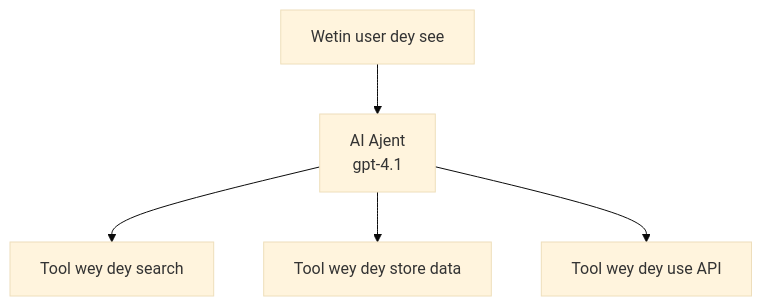
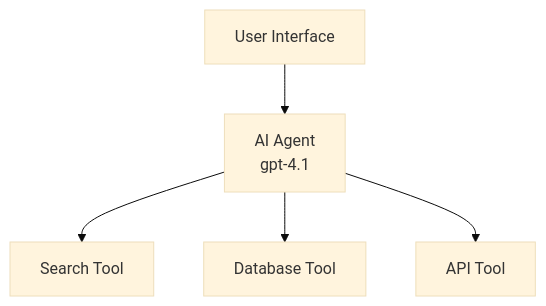
One commit to microsoft/AZD-for-beginners changed the first of 3 diagrams in translations/pcm/docs/chapter-02-ai-development/agents.md. Above: the diagram before and after it, drawn with Mermaid (base theme). The commit also changed other lines of this file and 61 other files, not shown here.

````diff
--- a/translations/pcm/docs/chapter-02-ai-development/agents.md
+++ b/translations/pcm/docs/chapter-02-ai-development/agents.md
@@ -162,7 +162,7 @@
 ```mermaid
 graph TD
-    UI[Wetin user dey see] --> Agent[AI Ajent<br/>gpt-4.1]
-    Agent --> Search[Tool wey dey search]
-    Agent --> Database[Tool wey dey store data]
-    Agent --> API[Tool wey dey use API]
+    UI[User Interface] --> Agent[AI Agent<br/>gpt-4.1]
+    Agent --> Search[Search Tool]
+    Agent --> Database[Database Tool]
+    Agent --> API[API Tool]
 ```
````
